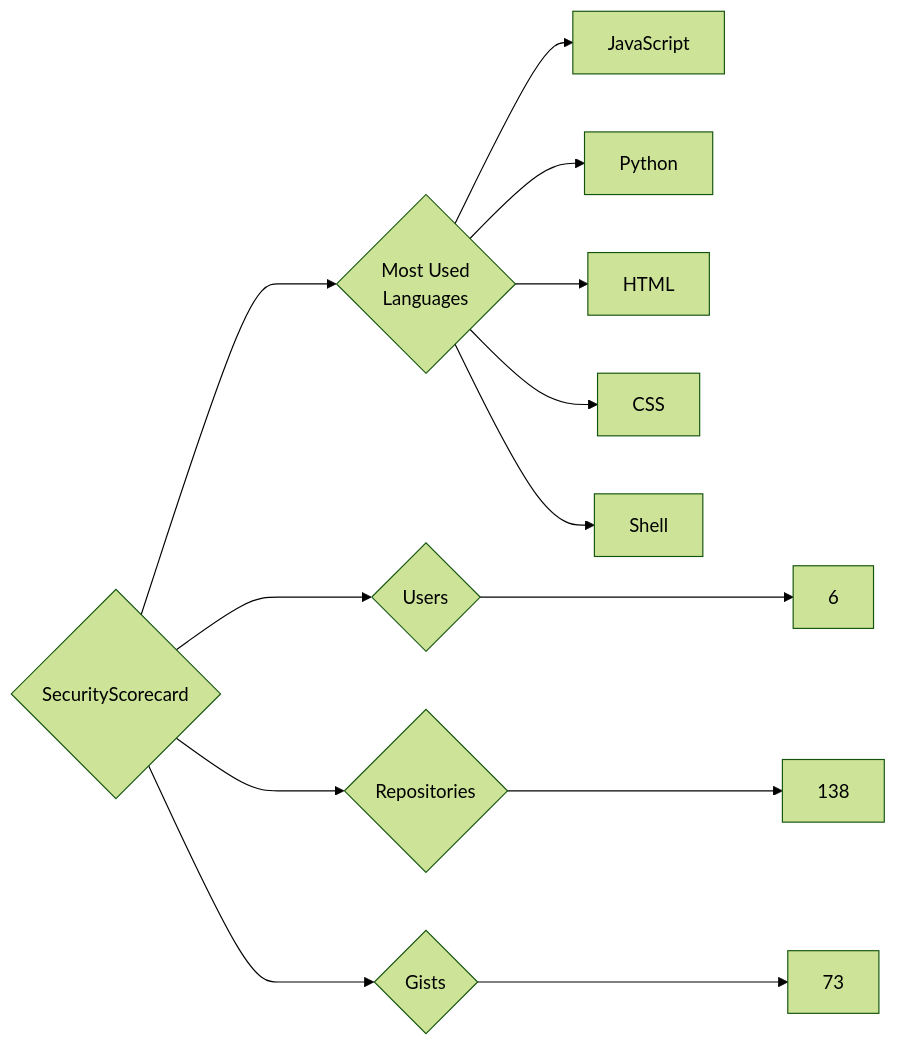
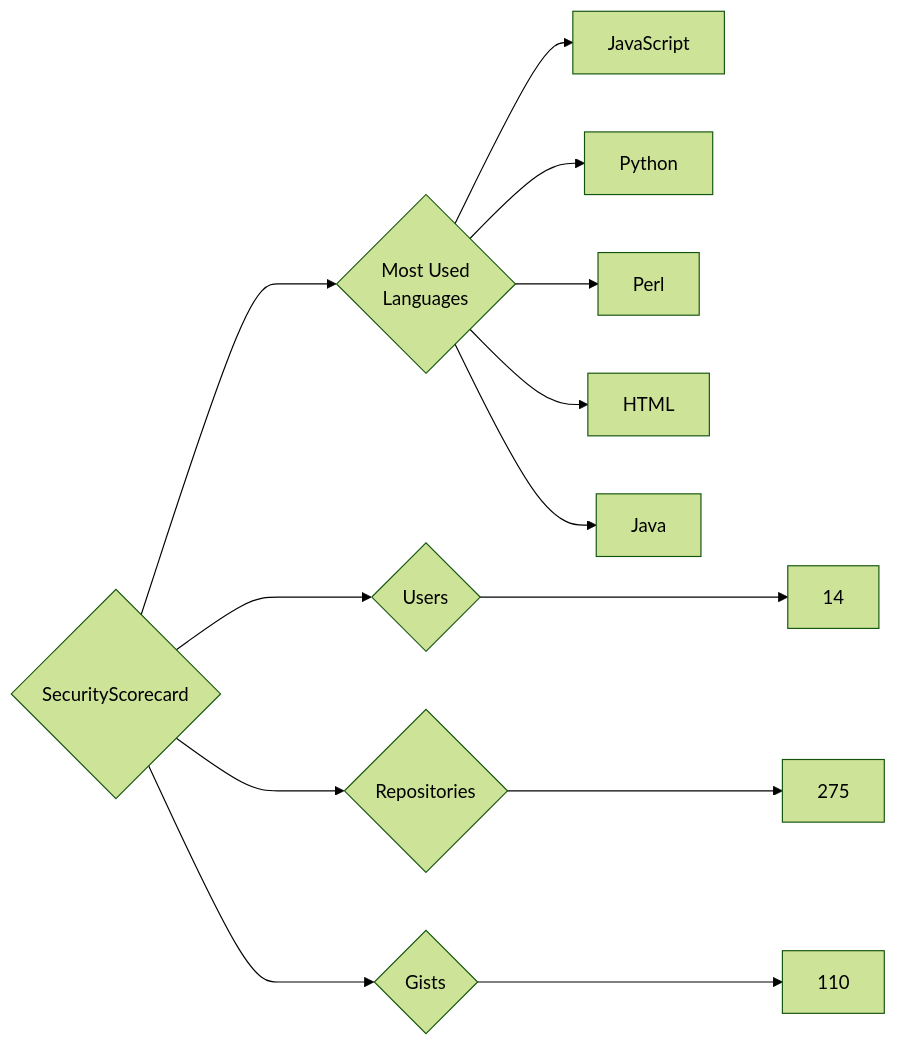
One commit to trickest/insiders changed the diagram in targets/SecurityScorecard/README.md. Above: the diagram before and after it, drawn with Mermaid (forest theme). The commit also changed 799 other files, not shown here.

````diff
--- a/targets/SecurityScorecard/README.md
+++ b/targets/SecurityScorecard/README.md
@@ -3,13 +3,13 @@
 ```mermaid
 graph LR
 COMPANY_NAME{SecurityScorecard}
-COMPANY_NAME ---> U{Users} ---> UN[6]
-COMPANY_NAME ---> R{Repositories} ---> RN[138]
-COMPANY_NAME ---> G{Gists} ---> GN[73]
+COMPANY_NAME ---> U{Users} ---> UN[14]
+COMPANY_NAME ---> R{Repositories} ---> RN[275]
+COMPANY_NAME ---> G{Gists} ---> GN[110]
 COMPANY_NAME ---> ML{Most Used<br>Languages}
 ML --> JavaScript[JavaScript]
 ML --> Python[Python]
+ML --> Perl[Perl]
 ML --> HTML[HTML]
-ML --> CSS[CSS]
-ML --> Shell[Shell]
+ML --> Java[Java]
 ```
````
